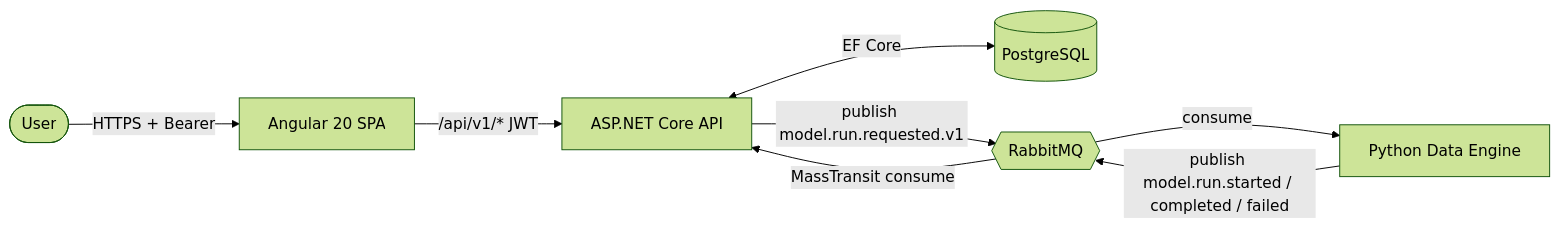
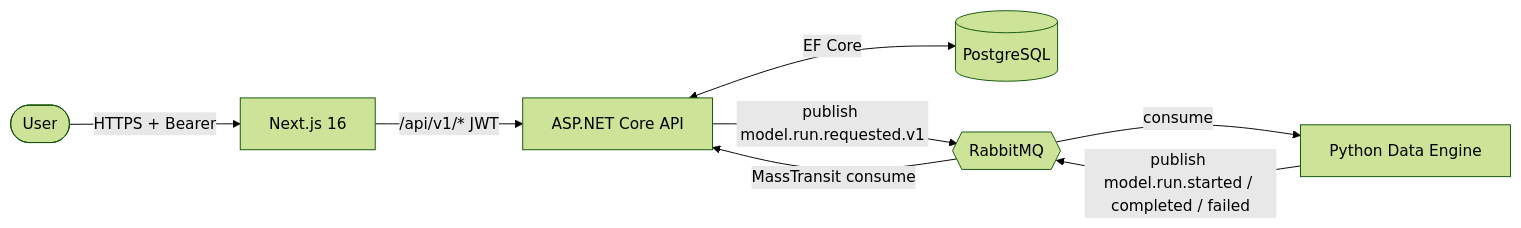
The diagram in AGENTS.md (awpala/enterprise-app), drawn with Mermaid (forest theme) before and after one commit. The commit also changed other lines of this file and 331 other files, not shown here.

````diff
--- a/AGENTS.md
+++ b/AGENTS.md
@@ -23,17 +23,17 @@
 ```mermaid
 flowchart LR
     user([User])
-    ui[Angular 20 SPA]
+    ui[Next.js 16]
     api[ASP.NET Core API]
     db[(PostgreSQL)]
     mq{{RabbitMQ}}
     de[Python Data Engine]
 
     user -->|HTTPS + Bearer| ui
     ui -->|/api/v1/* JWT| api
     api <-->|EF Core| db
     api -->|publish model.run.requested.v1| mq
     mq -->|consume| de
     de -->|publish model.run.started / completed / failed| mq
     mq -->|MassTransit consume| api
 ```
````
